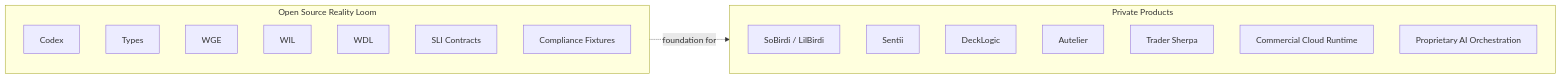
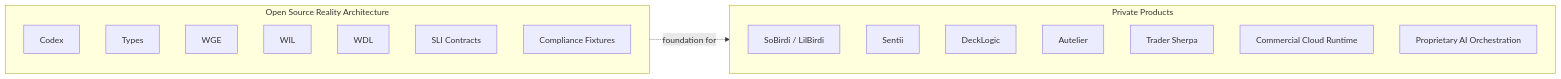
Before and after one commit to Architech-Forge/reality_loom: the fifth of 5 diagrams in ARCHITECTURE.md, drawn with Mermaid. The commit also changed other lines of this file and 51 other files, not shown here.

First line of the commit message:
Rename Reality Loom to Reality Architecture

````diff
--- a/ARCHITECTURE.md
+++ b/ARCHITECTURE.md
@@ -90,24 +90,24 @@
 ```mermaid
 flowchart LR
-  subgraph Public[Open Source Reality Loom]
+  subgraph Public[Open Source Reality Architecture]
     COD[Codex]
     TYPES[Types]
     WGE[WGE]
     WIL[WIL]
     WDL[WDL]
     SLI[SLI Contracts]
     TESTS[Compliance Fixtures]
   end
 
   subgraph Private[Private Products]
     SOBIRDI[SoBirdi / LilBirdi]
     SENTII[Sentii]
     DECK[DeckLogic]
     AUT[Autelier]
     TRADER[Trader Sherpa]
     CLOUD[Commercial Cloud Runtime]
     PROMPTS[Proprietary AI Orchestration]
   end
 
   Public -. foundation for .-> Private
 ```
````
